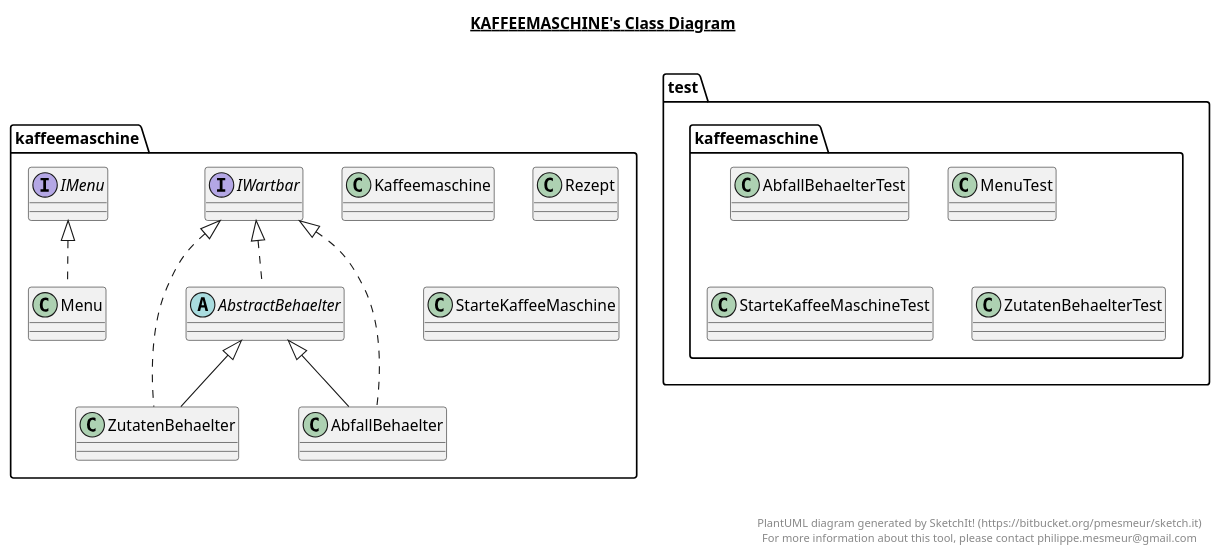
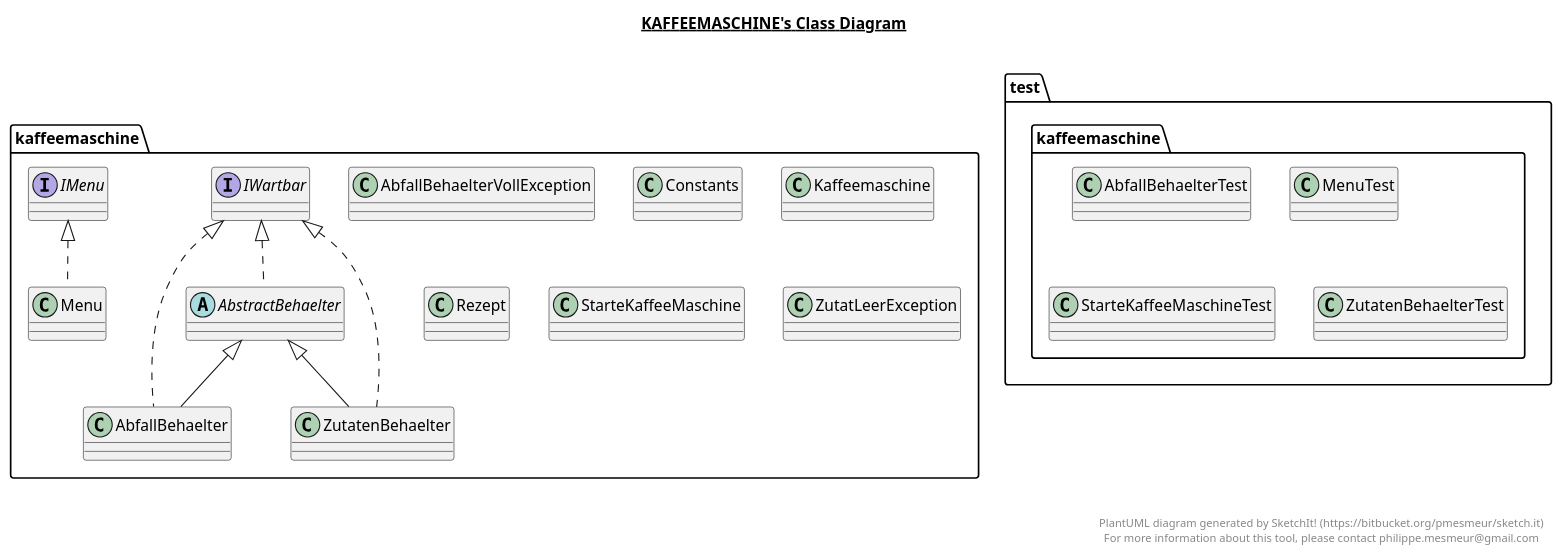
One commit to luzumi/KaffeeMaschine changed the diagram in KaffeeMaschine.plantuml. Above: the diagram before and after it, drawn with PlantUML. The commit also changed 15 other files, not shown here.

```diff
--- a/KaffeeMaschine.plantuml
+++ b/KaffeeMaschine.plantuml
@@ -1,98 +1,116 @@
 @startuml
 
 title __KAFFEEMASCHINE's Class Diagram__\n
 
   namespace kaffeemaschine {
     class kaffeemaschine.AbfallBehaelter {
     }
   }
   
 
   namespace kaffeemaschine {
+    class kaffeemaschine.AbfallBehaelterVollException {
+    }
+  }
+  
+
+  namespace kaffeemaschine {
     abstract class kaffeemaschine.AbstractBehaelter {
+    }
+  }
+  
+
+  namespace kaffeemaschine {
+    class kaffeemaschine.Constants {
     }
   }
   
 
   namespace kaffeemaschine {
     interface kaffeemaschine.IMenu {
     }
   }
   
 
   namespace kaffeemaschine {
     interface kaffeemaschine.IWartbar {
     }
   }
   
 
   namespace kaffeemaschine {
     class kaffeemaschine.Kaffeemaschine {
     }
   }
   
 
   namespace kaffeemaschine {
     class kaffeemaschine.Menu {
     }
   }
   
 
   namespace kaffeemaschine {
     class kaffeemaschine.Rezept {
     }
   }
   
 
   namespace kaffeemaschine {
     class kaffeemaschine.StarteKaffeeMaschine {
+    }
+  }
+  
+
+  namespace kaffeemaschine {
+    class kaffeemaschine.ZutatLeerException {
     }
   }
   
 
   namespace kaffeemaschine {
     class kaffeemaschine.ZutatenBehaelter {
     }
   }
   
 
   namespace test.kaffeemaschine {
     class test.kaffeemaschine.AbfallBehaelterTest {
     }
   }
   
 
   namespace test.kaffeemaschine {
     class test.kaffeemaschine.MenuTest {
     }
   }
   
 
   namespace test.kaffeemaschine {
     class test.kaffeemaschine.StarteKaffeeMaschineTest {
     }
   }
   
 
   namespace test.kaffeemaschine {
     class test.kaffeemaschine.ZutatenBehaelterTest {
     }
   }
   
 
   kaffeemaschine.AbfallBehaelter .up.|> kaffeemaschine.IWartbar
   kaffeemaschine.AbfallBehaelter -up-|> kaffeemaschine.AbstractBehaelter
   kaffeemaschine.AbstractBehaelter .up.|> kaffeemaschine.IWartbar
   kaffeemaschine.Menu .up.|> kaffeemaschine.IMenu
   kaffeemaschine.ZutatenBehaelter .up.|> kaffeemaschine.IWartbar
   kaffeemaschine.ZutatenBehaelter -up-|> kaffeemaschine.AbstractBehaelter
 
 
 right footer
 
 
 PlantUML diagram generated by SketchIt! (https://bitbucket.org/pmesmeur/sketch.it)
 For more information about this tool, please contact philippe.mesmeur@gmail.com
 endfooter
 
 @enduml
```
